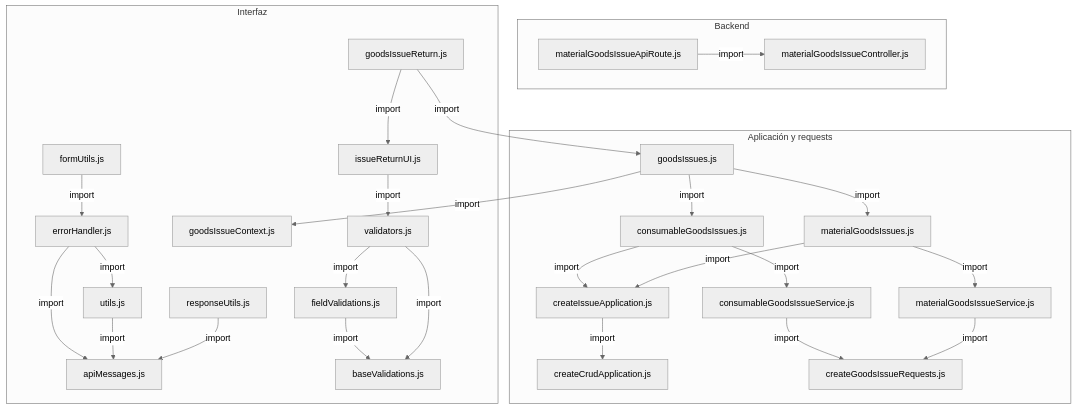
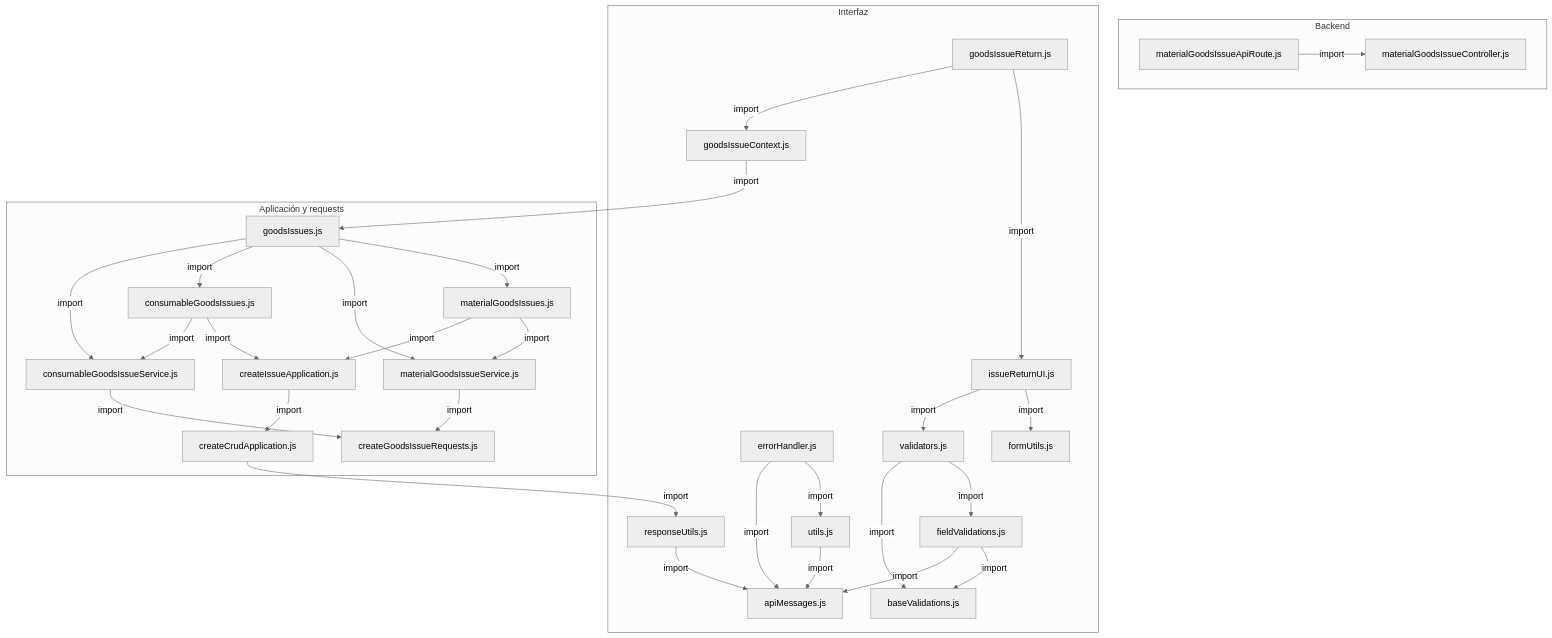
Before and after one commit to gpgsistemas01/nexus: the first of 3 diagrams in docs/architecture/views/processes/frontend-code-sequences/issues/cu-sal-06.md, drawn with Mermaid (neutral theme). The commit also changed 200 other files, not shown here.

````diff
--- a/docs/architecture/views/processes/frontend-code-sequences/issues/cu-sal-06.md
+++ b/docs/architecture/views/processes/frontend-code-sequences/issues/cu-sal-06.md
@@ -63,52 +63,56 @@
 ```mermaid
 flowchart TB
     subgraph Component0["Backend"]
         FileMaterialGoodsIssueController["materialGoodsIssueController.js"]
         Transport["materialGoodsIssueApiRoute.js"]
     end
     subgraph Component1["Interfaz"]
         FileErrorHandler["errorHandler.js"]
         FileUtils["utils.js"]
         FileApiMessages["apiMessages.js"]
         FileGoodsIssueContext["goodsIssueContext.js"]
         FileGoodsIssueReturn["goodsIssueReturn.js"]
         View["issueReturnUI.js"]
         FormUtils["formUtils.js"]
         FileResponseUtils["responseUtils.js"]
         FileBaseValidations["baseValidations.js"]
         FileFieldValidations["fieldValidations.js"]
         FileValidators["validators.js"]
     end
     subgraph Component2["Aplicación y requests"]
         Application["createCrudApplication.js"]
         FileConsumableGoodsIssues["consumableGoodsIssues.js"]
         FileGoodsIssues["goodsIssues.js"]
         FileMaterialGoodsIssues["materialGoodsIssues.js"]
         FileCreateIssueApplication["createIssueApplication.js"]
         FileConsumableGoodsIssueService["consumableGoodsIssueService.js"]
         Request["createGoodsIssueRequests.js"]
         FileMaterialGoodsIssueService["materialGoodsIssueService.js"]
     end
+    Application -->|import| FileResponseUtils
+    FileConsumableGoodsIssueService -->|import| Request
+    FileConsumableGoodsIssues -->|import| FileConsumableGoodsIssueService
+    FileConsumableGoodsIssues -->|import| FileCreateIssueApplication
+    FileCreateIssueApplication -->|import| Application
     FileErrorHandler -->|import| FileApiMessages
     FileErrorHandler -->|import| FileUtils
+    FileFieldValidations -->|import| FileApiMessages
+    FileFieldValidations -->|import| FileBaseValidations
+    FileGoodsIssueContext -->|import| FileGoodsIssues
+    FileGoodsIssueReturn -->|import| FileGoodsIssueContext
+    FileGoodsIssueReturn -->|import| View
+    FileGoodsIssues -->|import| FileConsumableGoodsIssueService
+    FileGoodsIssues -->|import| FileConsumableGoodsIssues
+    FileGoodsIssues -->|import| FileMaterialGoodsIssueService
+    FileGoodsIssues -->|import| FileMaterialGoodsIssues
+    FileMaterialGoodsIssueService -->|import| Request
+    FileMaterialGoodsIssues -->|import| FileCreateIssueApplication
+    FileMaterialGoodsIssues -->|import| FileMaterialGoodsIssueService
+    FileResponseUtils -->|import| FileApiMessages
     FileUtils -->|import| FileApiMessages
-    FileConsumableGoodsIssues -->|import| FileConsumableGoodsIssueService
-    FileConsumableGoodsIssues -->|import| FileCreateIssueApplication
-    FileGoodsIssues -->|import| FileMaterialGoodsIssues
-    FileGoodsIssues -->|import| FileConsumableGoodsIssues
-    FileGoodsIssues -->|import| FileGoodsIssueContext
-    FileMaterialGoodsIssues -->|import| FileMaterialGoodsIssueService
-    FileMaterialGoodsIssues -->|import| FileCreateIssueApplication
-    FileCreateIssueApplication -->|import| Application
-    FileGoodsIssueReturn -->|import| FileGoodsIssues
-    FileGoodsIssueReturn -->|import| View
-    FileConsumableGoodsIssueService -->|import| Request
-    FileMaterialGoodsIssueService -->|import| Request
-    View -->|import| FileValidators
-    FormUtils -->|import| FileErrorHandler
-    FileResponseUtils -->|import| FileApiMessages
-    FileFieldValidations -->|import| FileBaseValidations
     FileValidators -->|import| FileBaseValidations
     FileValidators -->|import| FileFieldValidations
     Transport -->|import| FileMaterialGoodsIssueController
+    View -->|import| FileValidators
+    View -->|import| FormUtils
 ```
````
